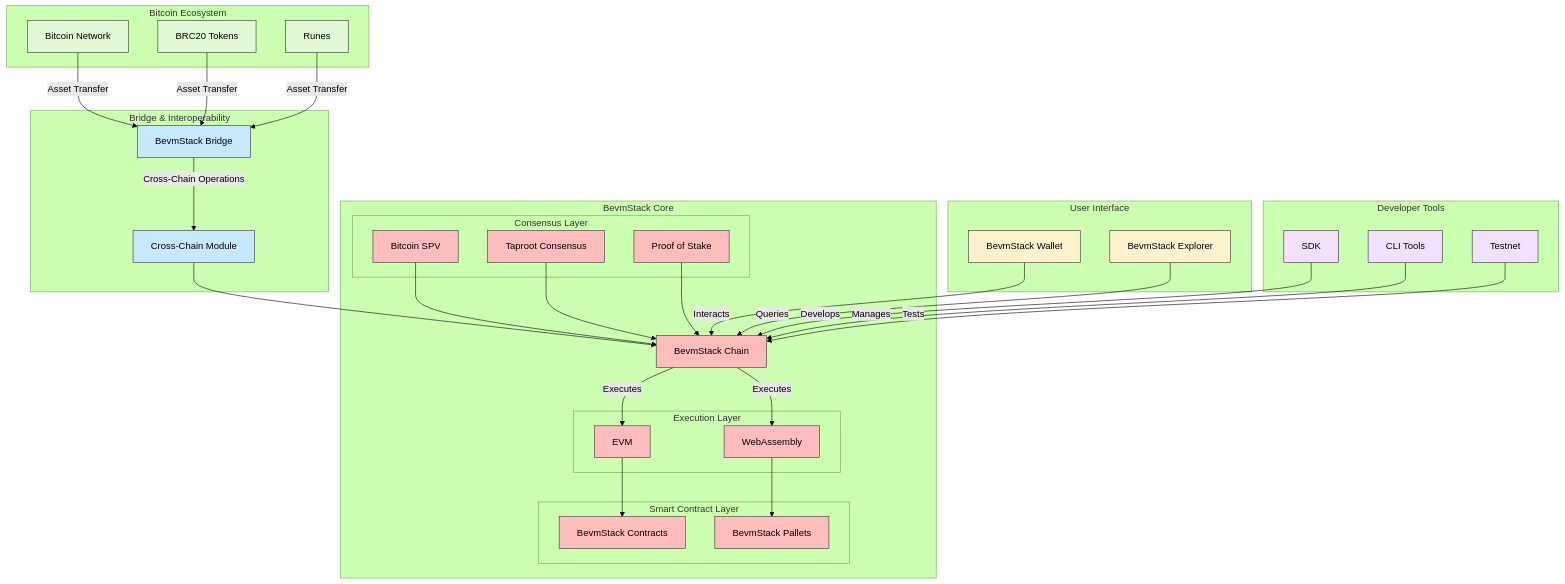
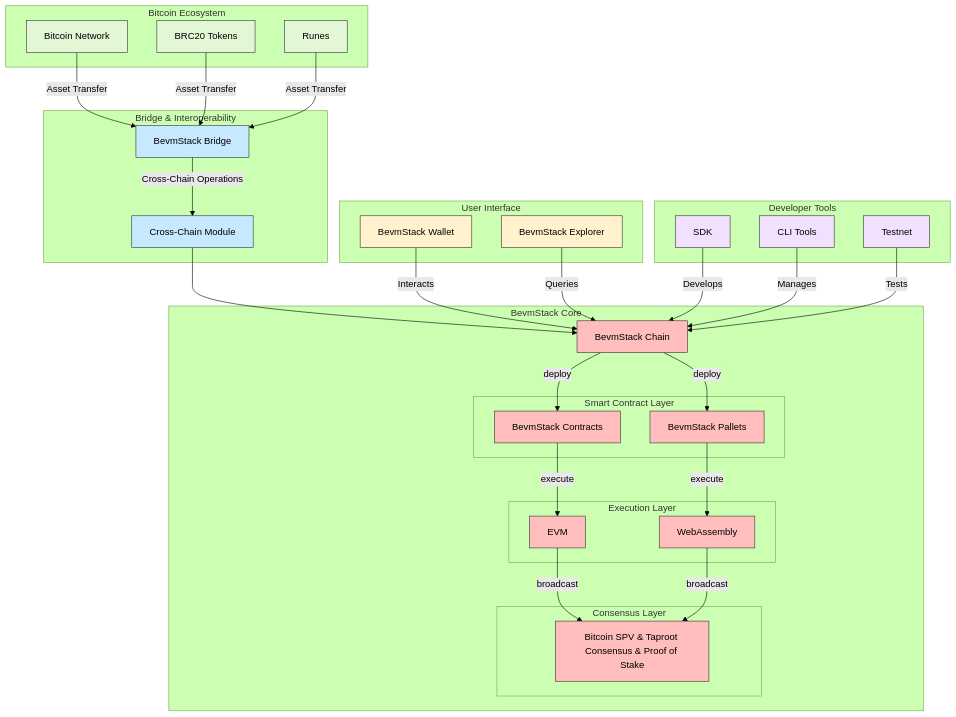
The first of 8 diagrams in README.md (btclayer2/BEVM-Stack), drawn with Mermaid (forest theme) before and after one commit.

````diff
--- a/README.md
+++ b/README.md
@@ -20,77 +20,73 @@
 ```mermaid
 graph TB
   subgraph "Bitcoin Ecosystem"
       BTC[Bitcoin Network]
       BRC20[BRC20 Tokens]
       Runes[Runes]
   end
 
   subgraph "BevmStack Core"
       BSC[BevmStack Chain]
-      subgraph "Consensus Layer"
-          BSPV[Bitcoin SPV]
-          Taproot[Taproot Consensus]
-          PoS[Proof of Stake]
+      subgraph "Smart Contract Layer"
+          BSContracts[BevmStack Contracts]
+          BSPallets[BevmStack Pallets]
       end
       subgraph "Execution Layer"
           EVM[EVM]
           WASM[WebAssembly]
       end
-      subgraph "Smart Contract Layer"
-          BSContracts[BevmStack Contracts]
-          BSPallets[BevmStack Pallets]
+      subgraph "Consensus Layer"
+          CL[Bitcoin SPV & Taproot Consensus & Proof of Stake]
       end
   end
 
   subgraph "Bridge & Interoperability"
       BSB[BevmStack Bridge]
       CrossChain[Cross-Chain Module]
   end
 
   subgraph "User Interface"
       BSW[BevmStack Wallet]
       BSE[BevmStack Explorer]
   end
 
   subgraph "Developer Tools"
       SDK[SDK]
       CLI[CLI Tools]
       TestNet[Testnet]
   end
 
   BTC --> |Asset Transfer| BSB
   BRC20 --> |Asset Transfer| BSB
   Runes --> |Asset Transfer| BSB
 
   BSB --> |Cross-Chain Operations| CrossChain
   CrossChain --> BSC
 
-  BSC --> |Executes| EVM
-  BSC --> |Executes| WASM
-  BSPV --> BSC
-  Taproot --> BSC
-  PoS --> BSC
-
-  EVM --> BSContracts
-  WASM --> BSPallets
+  BSC -->|deploy| BSContracts
+  BSC -->|deploy| BSPallets
+  BSContracts -->|execute| EVM
+  BSPallets -->|execute| WASM
+  EVM -->|broadcast| CL
+  WASM -->|broadcast| CL
 
   BSW --> |Interacts| BSC
   BSE --> |Queries| BSC
 
   SDK --> |Develops| BSC
   CLI --> |Manages| BSC
   TestNet --> |Tests| BSC
 
   classDef default fill:#f9f,stroke:#333,stroke-width:1px;
   classDef ecosystem fill:#e1f7d5,stroke:#333,stroke-width:1px;
   classDef core fill:#ffbdbd,stroke:#333,stroke-width:1px;
   classDef bridge fill:#c7e9ff,stroke:#333,stroke-width:1px;
   classDef ui fill:#fff2cc,stroke:#333,stroke-width:1px;
   classDef dev fill:#f1e1ff,stroke:#333,stroke-width:1px;
 
   class BTC,BRC20,Runes ecosystem;
-  class BSC,BSPV,Taproot,PoS,EVM,WASM,BSContracts,BSPallets core;
+  class BSC,EVM,WASM,CL,BSContracts,BSPallets core;
   class BSB,CrossChain bridge;
   class BSW,BSE ui;
   class SDK,CLI,TestNet dev;
 ```
````
